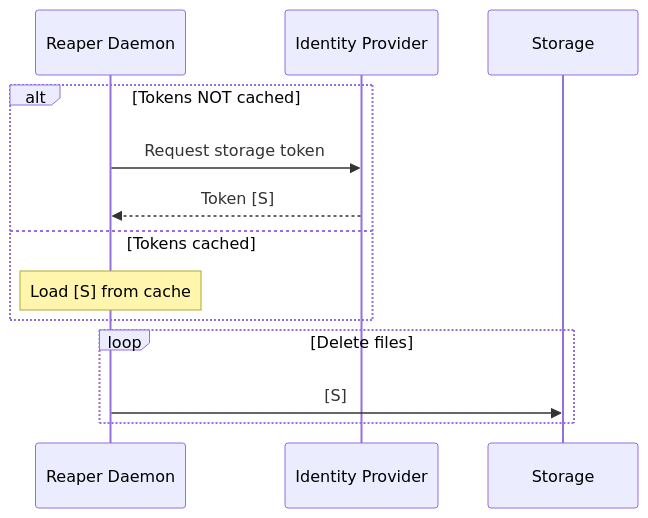
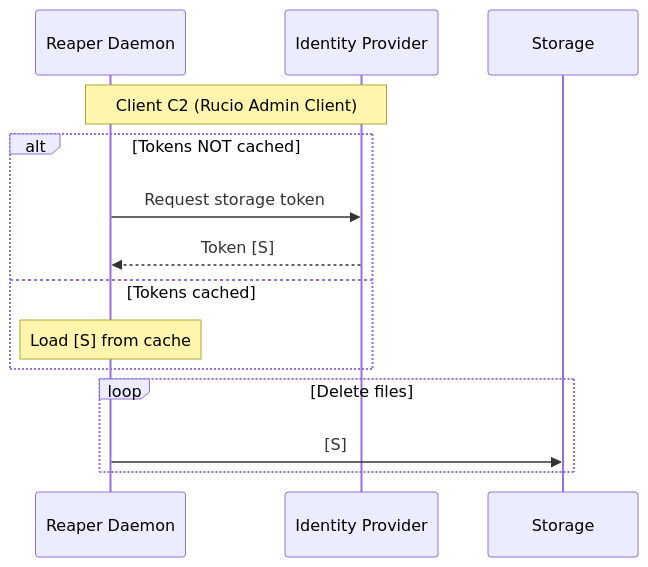
The third of 3 diagrams in docs/operator/installing_server.md (rucio/documentation), drawn with Mermaid before and after one commit. The commit also changed other lines of this file, not shown here.

Commit message:
Update OIDC documentation #588
enhance the OIDC section in the installation guide to include FTS related
configurations links. Fix typos and improve clarity.

````diff
--- a/docs/operator/installing_server.md
+++ b/docs/operator/installing_server.md
@@ -415,17 +423,18 @@
-```mermaid
-sequenceDiagram
-    participant D as Reaper Daemon
-    participant I as Identity Provider
-    participant S as Storage
-    
-    alt Tokens NOT cached
-        D->>I: Request storage token
-        I-->>D: Token [S]
-    else Tokens cached
-        Note over D: Load [S] from cache
-    end
+   ```mermaid
+   sequenceDiagram
+       participant D as Reaper Daemon
+       participant I as Identity Provider
+       participant S as Storage
+       Note over D,I: Client C2 (Rucio Admin Client)
+       
+       alt Tokens NOT cached
+           D->>I: Request storage token
+           I-->>D: Token [S]
+       else Tokens cached
+           Note over D: Load [S] from cache
+       end
 
-    loop Delete files
-        D->>S: [S]
-    end
-```
+       loop Delete files
+           D->>S: [S]
+       end
+   ```
````
